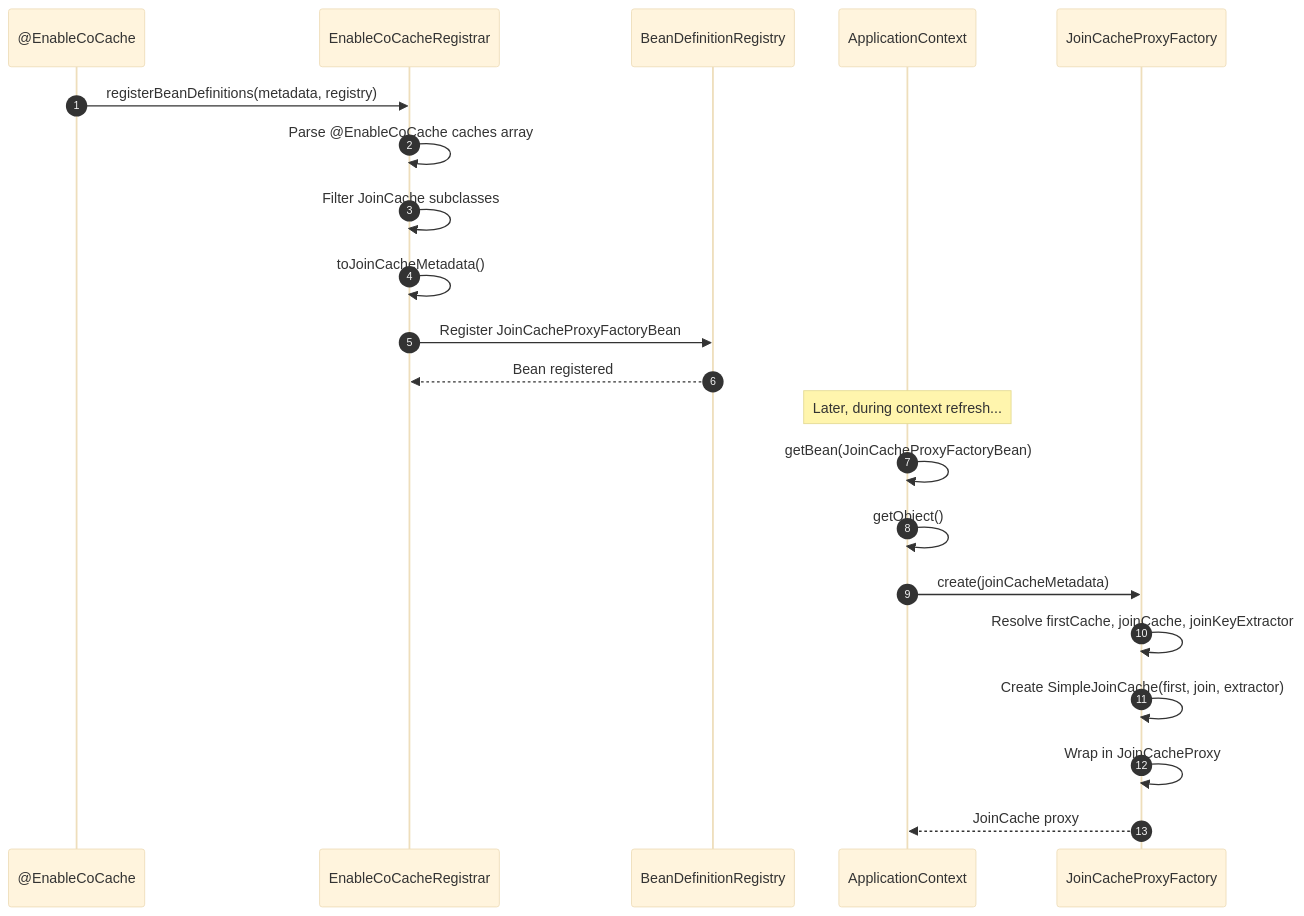
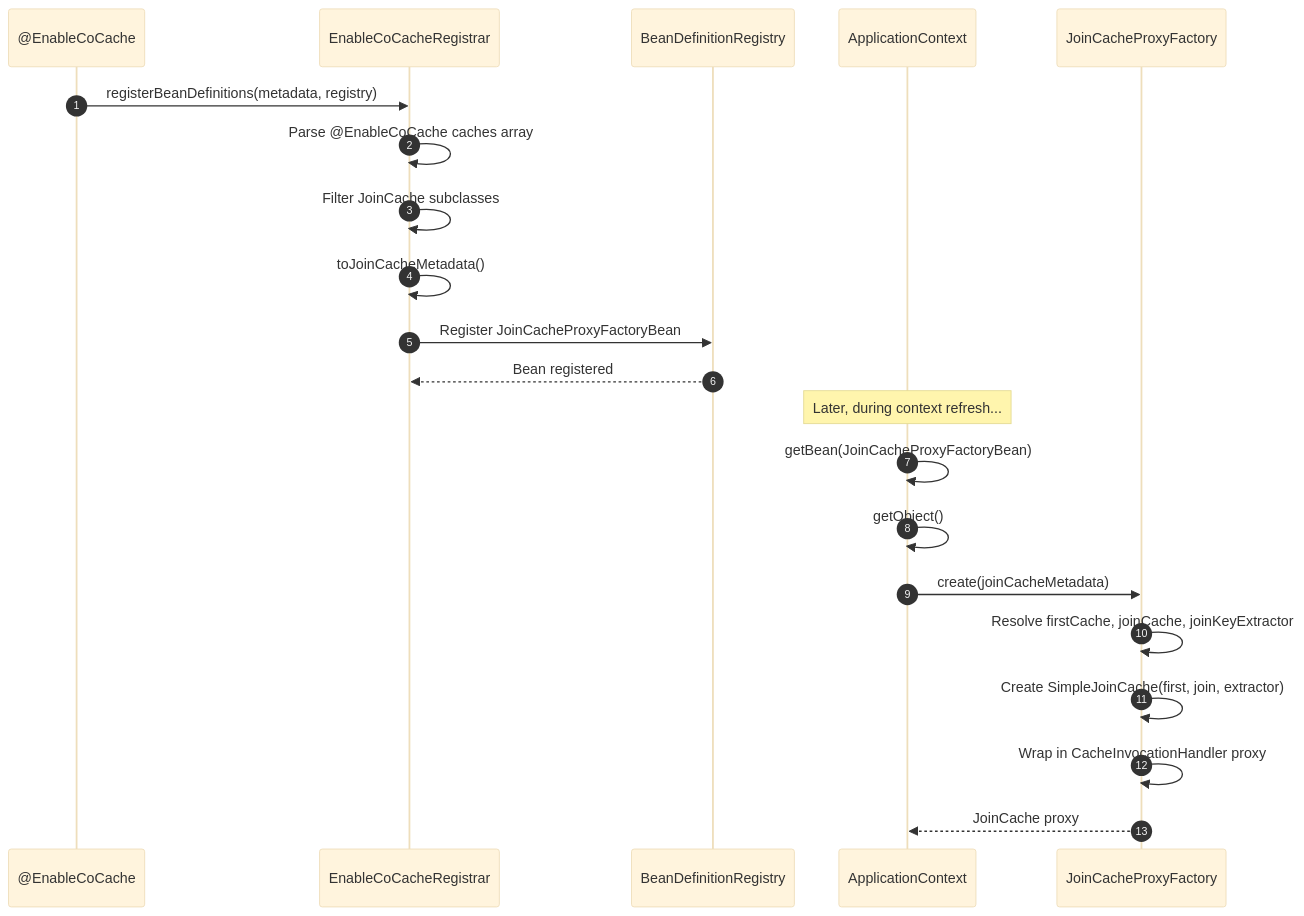
The sixth of 6 diagrams in wiki/modules/cocache-spring.md (Ahoo-Wang/CoCache), drawn with Mermaid (base theme) before and after one commit. The commit also changed other lines of this file and 256 other files, not shown here.

````diff
--- a/wiki/modules/cocache-spring.md
+++ b/wiki/modules/cocache-spring.md
@@ -294,25 +284,25 @@
 ```mermaid
 sequenceDiagram
 autonumber
     participant User as @EnableCoCache
     participant Reg as EnableCoCacheRegistrar
     participant BDR as BeanDefinitionRegistry
     participant App as ApplicationContext
     participant JPF as JoinCacheProxyFactory
 
     User->>Reg: registerBeanDefinitions(metadata, registry)
     Reg->>Reg: Parse @EnableCoCache caches array
     Reg->>Reg: Filter JoinCache subclasses
     Reg->>Reg: toJoinCacheMetadata()
     Reg->>BDR: Register JoinCacheProxyFactoryBean
     BDR-->>Reg: Bean registered
 
     Note over App: Later, during context refresh...
     App->>App: getBean(JoinCacheProxyFactoryBean)
     App->>App: getObject()
     App->>JPF: create(joinCacheMetadata)
     JPF->>JPF: Resolve firstCache, joinCache, joinKeyExtractor
     JPF->>JPF: Create SimpleJoinCache(first, join, extractor)
-    JPF->>JPF: Wrap in JoinCacheProxy
+    JPF->>JPF: Wrap in CacheInvocationHandler proxy
     JPF-->>App: JoinCache proxy
 ```
````
